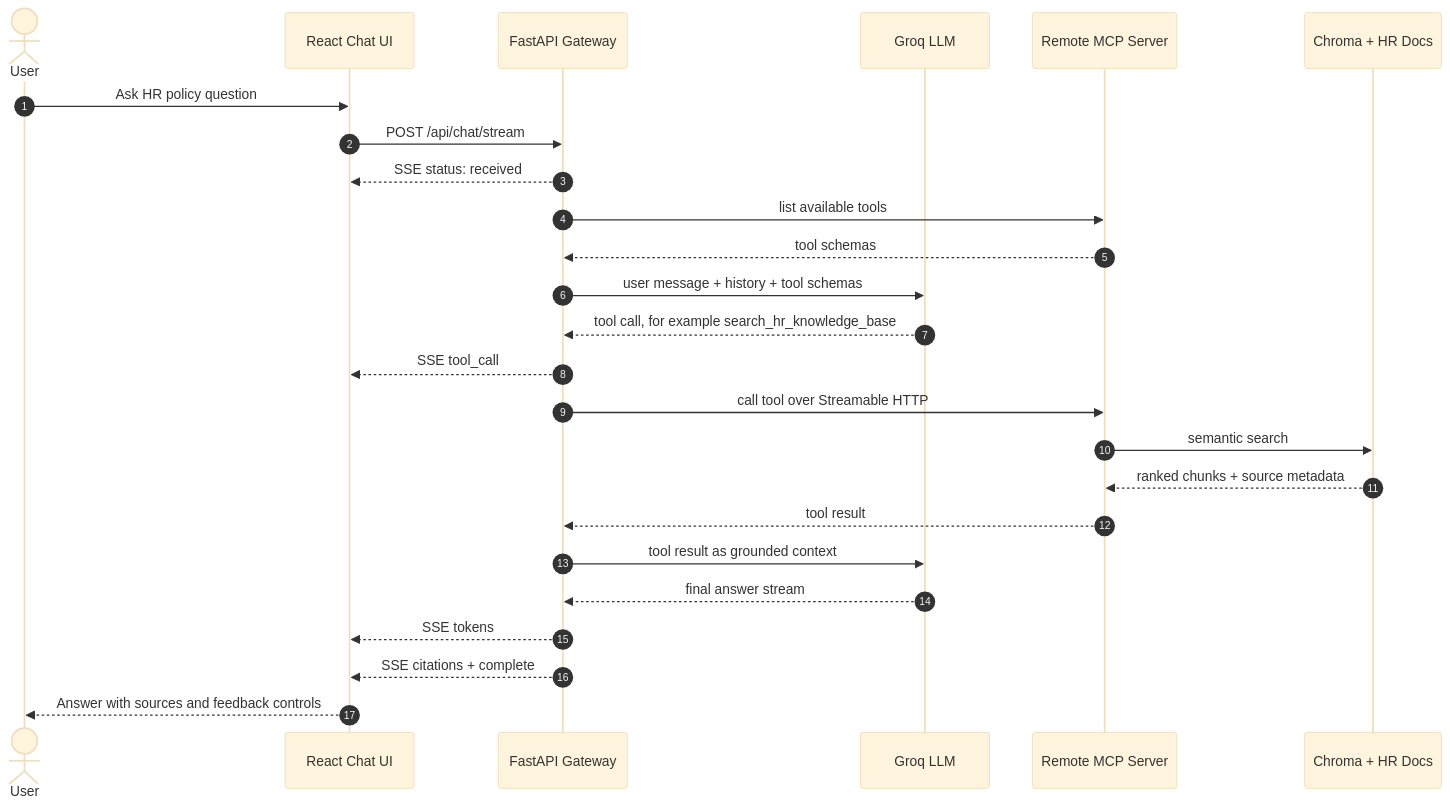
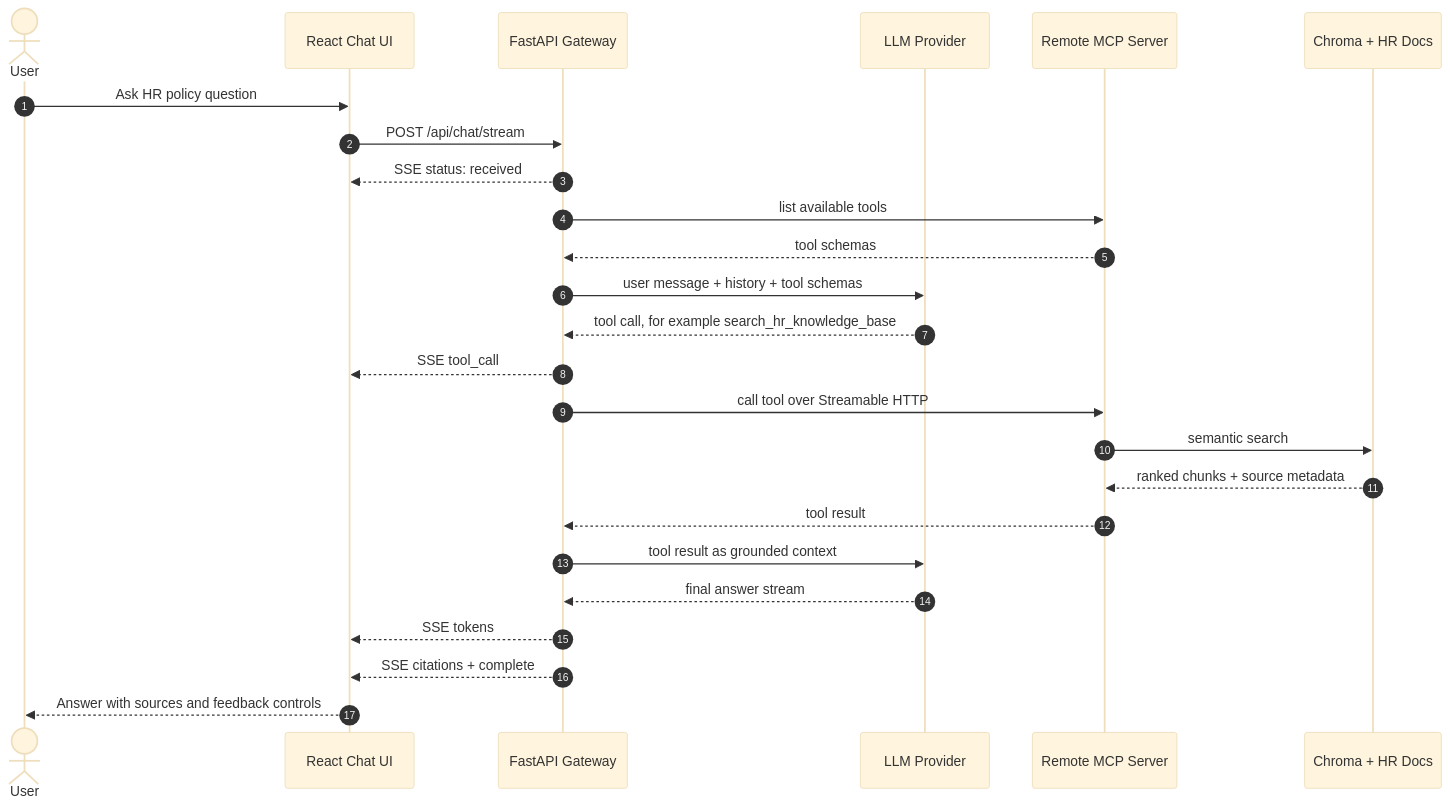
The second of 4 diagrams in docs/DIAGRAMS.md (katrevula/enterprise-knowledge-copilot), drawn with Mermaid (base theme) before and after one commit. The commit also changed other lines of this file and 18 other files, not shown here.

````diff
--- a/docs/DIAGRAMS.md
+++ b/docs/DIAGRAMS.md
@@ -24,28 +24,28 @@
 ```mermaid
 sequenceDiagram
     autonumber
     actor User
     participant UI as React Chat UI
     participant API as FastAPI Gateway
-    participant LLM as Groq LLM
+    participant LLM as LLM Provider
     participant MCP as Remote MCP Server
     participant KB as Chroma + HR Docs
 
     User->>UI: Ask HR policy question
     UI->>API: POST /api/chat/stream
     API-->>UI: SSE status: received
     API->>MCP: list available tools
     MCP-->>API: tool schemas
     API->>LLM: user message + history + tool schemas
     LLM-->>API: tool call, for example search_hr_knowledge_base
     API-->>UI: SSE tool_call
     API->>MCP: call tool over Streamable HTTP
     MCP->>KB: semantic search
     KB-->>MCP: ranked chunks + source metadata
     MCP-->>API: tool result
     API->>LLM: tool result as grounded context
     LLM-->>API: final answer stream
     API-->>UI: SSE tokens
     API-->>UI: SSE citations + complete
     UI-->>User: Answer with sources and feedback controls
 ```
````
